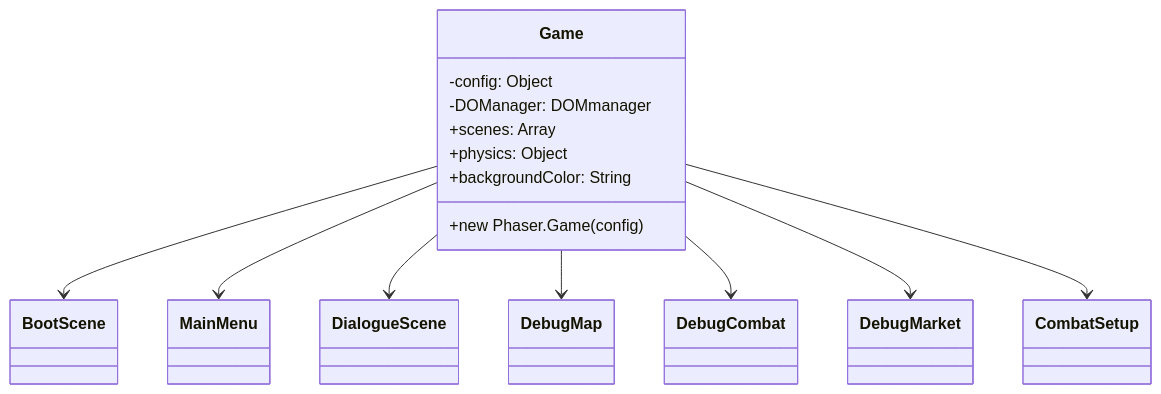
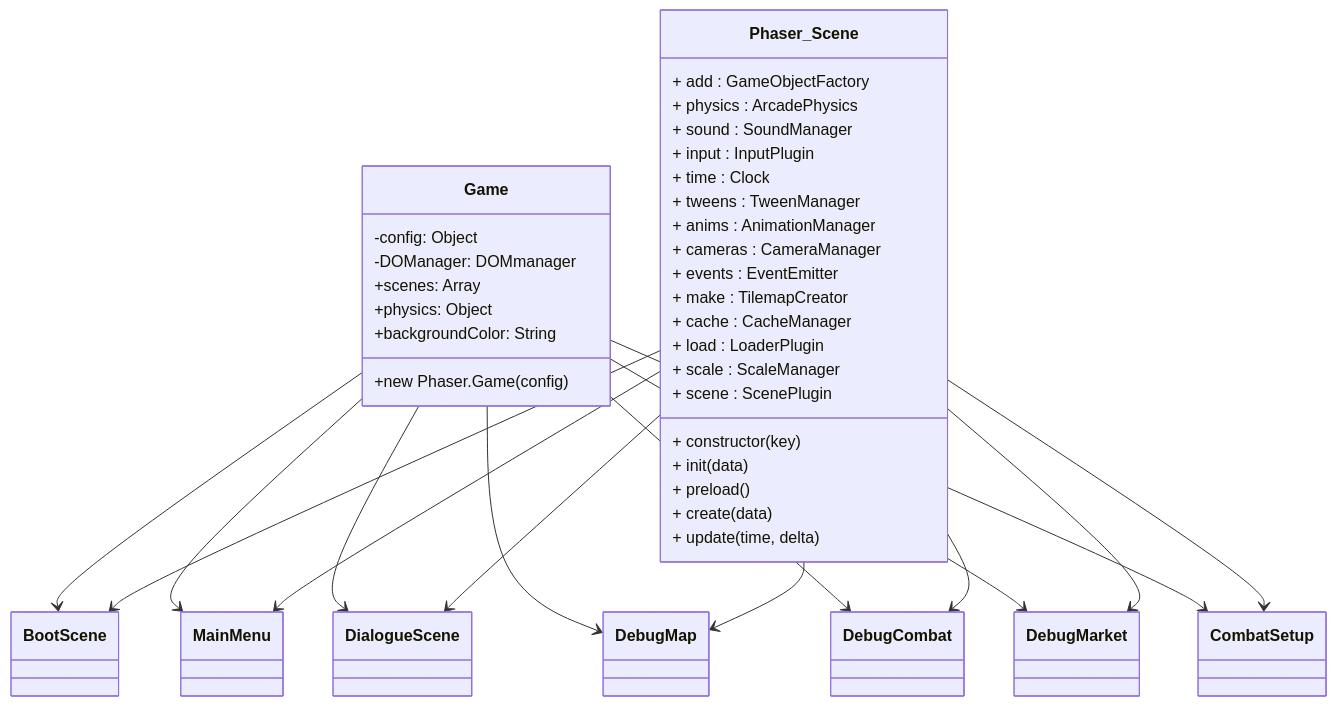
One commit to lucdom07/G07-PVLI changed the first of 15 diagrams in architecture.md. Above: the diagram before and after it, drawn with Mermaid. The commit also changed other lines of this file, not shown here.

````diff
--- a/architecture.md
+++ b/architecture.md
@@ -3,19 +2,49 @@
 ```mermaid
 classDiagram
     class Game {
         -config: Object
         -DOManager: DOMmanager
         +new Phaser.Game(config)
         +scenes: Array
         +physics: Object
         +backgroundColor: String
     }
     
     Game --> BootScene
     Game --> MainMenu
     Game --> DialogueScene
     Game --> DebugMap
     Game --> DebugCombat
     Game --> DebugMarket
     Game --> CombatSetup
+
+    class Phaser_Scene {
+        + add : GameObjectFactory
+        + physics : ArcadePhysics
+        + sound : SoundManager
+        + input : InputPlugin
+        + time : Clock
+        + tweens : TweenManager
+        + anims : AnimationManager
+        + cameras : CameraManager
+        + events : EventEmitter
+        + make : TilemapCreator
+        + cache : CacheManager
+        + load : LoaderPlugin
+        + scale : ScaleManager
+        + scene : ScenePlugin
+        + constructor(key)
+        + init(data)
+        + preload()
+        + create(data)
+        + update(time, delta)
+    }
+Phaser_Scene-->BootScene
+Phaser_Scene-->MainMenu
+Phaser_Scene-->DialogueScene
+Phaser_Scene-->DebugMap
+Phaser_Scene-->DebugCombat
+Phaser_Scene-->DebugMarket
+Phaser_Scene-->CombatSetup
+
 ```
````
